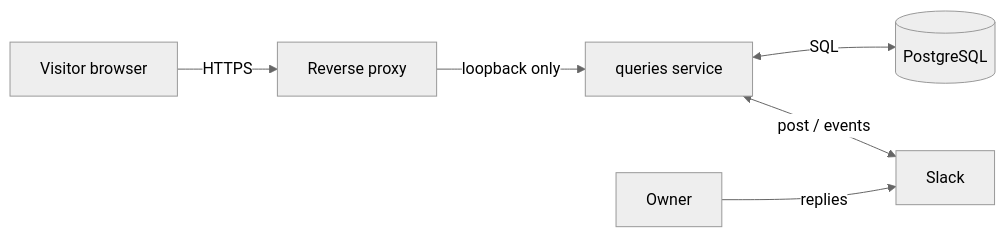
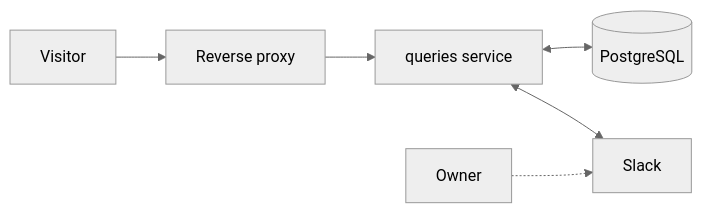
One commit to portpholiyo/queries changed the first of 4 diagrams in docs/architecture.md. Above: the diagram before and after it, drawn with Mermaid (neutral theme). The commit also changed other lines of this file, not shown here.

Commit message:
Make the diagrams compact and readable

````diff
--- a/docs/architecture.md
+++ b/docs/architecture.md
@@ -6,8 +6,8 @@
 ```mermaid
 flowchart LR
-  V[Visitor browser] -->|HTTPS| P[Reverse proxy]
-  P -->|loopback only| Q[queries service]
-  Q <-->|SQL| D[(PostgreSQL)]
-  Q <-->|post / events| S[Slack]
-  O[Owner] -->|replies| S
+  V[Visitor] --> P[Reverse proxy]
+  P --> Q[queries service]
+  Q <--> D[(PostgreSQL)]
+  Q <--> S[Slack]
+  O[Owner] -.-> S
 ```
````
